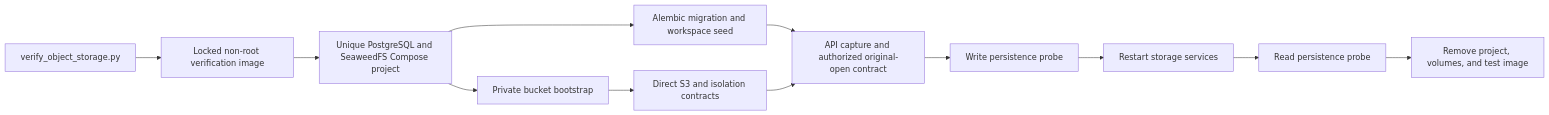
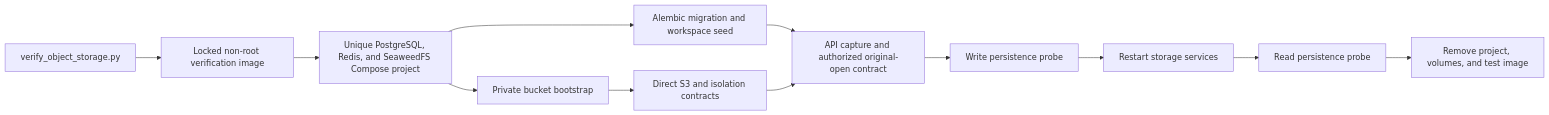
The fifth of 7 diagrams in backend/scripts/README.md (rnkraus/investment-research), drawn with Mermaid before and after one commit. The commit also changed other lines of this file and 4 other files, not shown here.

````diff
--- a/backend/scripts/README.md
+++ b/backend/scripts/README.md
@@ -106,14 +109,14 @@
 ```mermaid
 flowchart LR
     COMMAND[verify_object_storage.py] --> IMAGE[Locked non-root verification image]
-    IMAGE --> COMPOSE[Unique PostgreSQL and SeaweedFS Compose project]
+    IMAGE --> COMPOSE[Unique PostgreSQL, Redis, and SeaweedFS Compose project]
     COMPOSE --> MIGRATE[Alembic migration and workspace seed]
     COMPOSE --> BOOTSTRAP[Private bucket bootstrap]
     BOOTSTRAP --> CONTRACTS[Direct S3 and isolation contracts]
     MIGRATE --> API[API capture and authorized original-open contract]
     CONTRACTS --> API
     API --> WRITE[Write persistence probe]
     WRITE --> RESTART[Restart storage services]
     RESTART --> READ[Read persistence probe]
     READ --> CLEANUP[Remove project, volumes, and test image]
 ```
````
